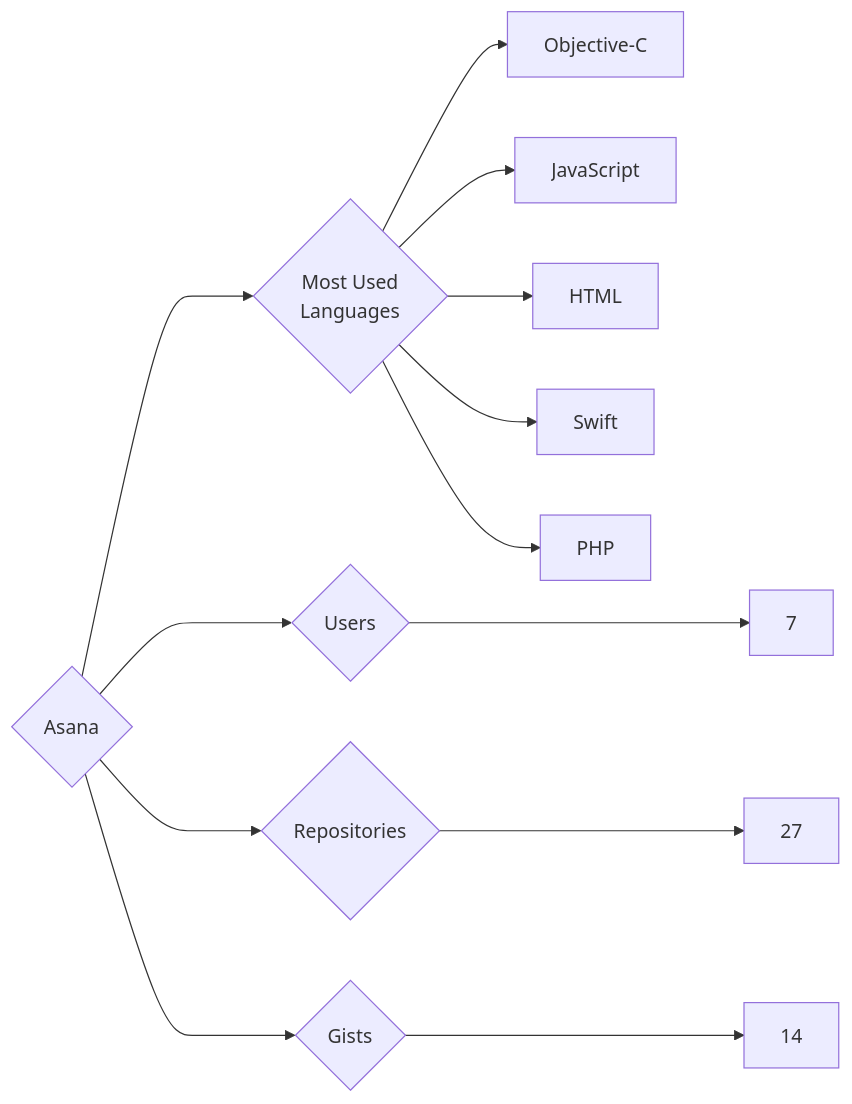
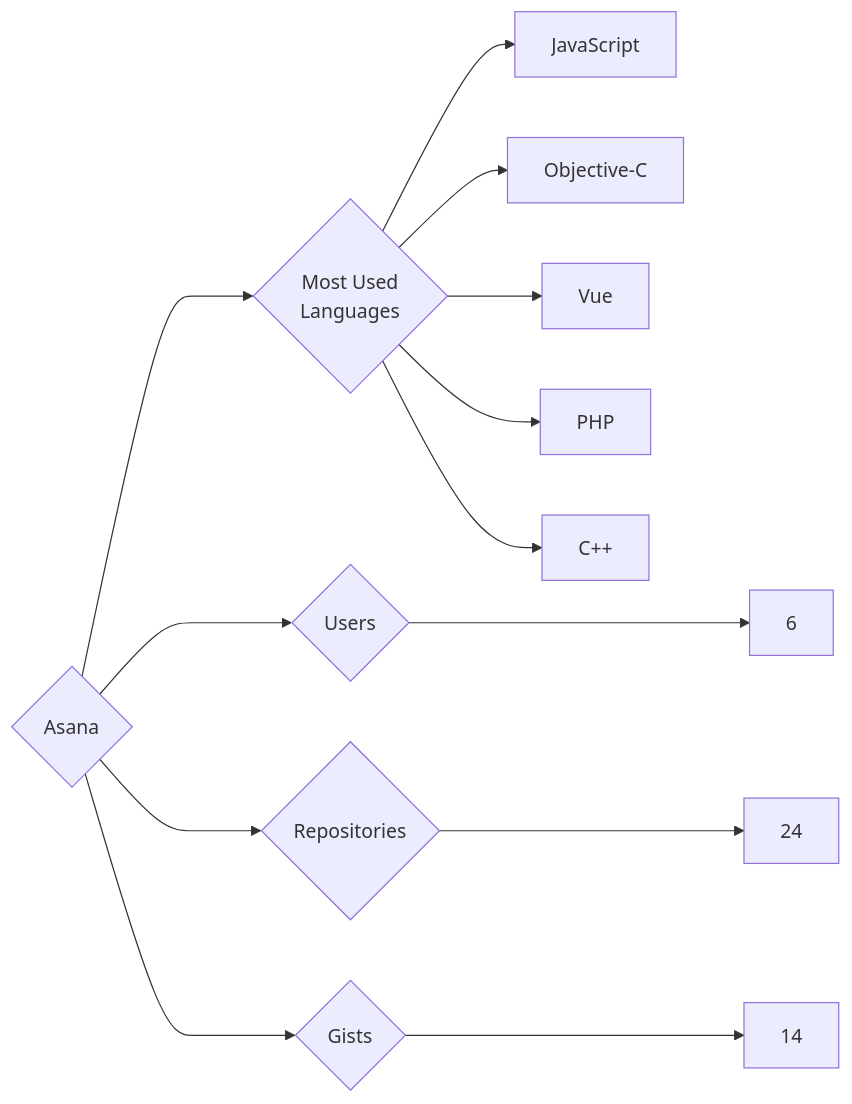
One commit to trickest/insiders changed the diagram in targets/Asana/README.md. Above: the diagram before and after it, drawn with Mermaid. The commit also changed 1088 other files, not shown here.

````diff
--- a/targets/Asana/README.md
+++ b/targets/Asana/README.md
@@ -3,13 +3,13 @@
 ```mermaid
 graph LR
 COMPANY_NAME{Asana}
-COMPANY_NAME ---> U{Users} ---> UN[7]
-COMPANY_NAME ---> R{Repositories} ---> RN[27]
+COMPANY_NAME ---> U{Users} ---> UN[6]
+COMPANY_NAME ---> R{Repositories} ---> RN[24]
 COMPANY_NAME ---> G{Gists} ---> GN[14]
 COMPANY_NAME ---> ML{Most Used<br>Languages}
+ML --> JavaScript[JavaScript]
 ML --> Objective-C[Objective-C]
-ML --> JavaScript[JavaScript]
-ML --> HTML[HTML]
-ML --> Swift[Swift]
+ML --> Vue[Vue]
 ML --> PHP[PHP]
+ML --> C++[C++]
 ```
````
